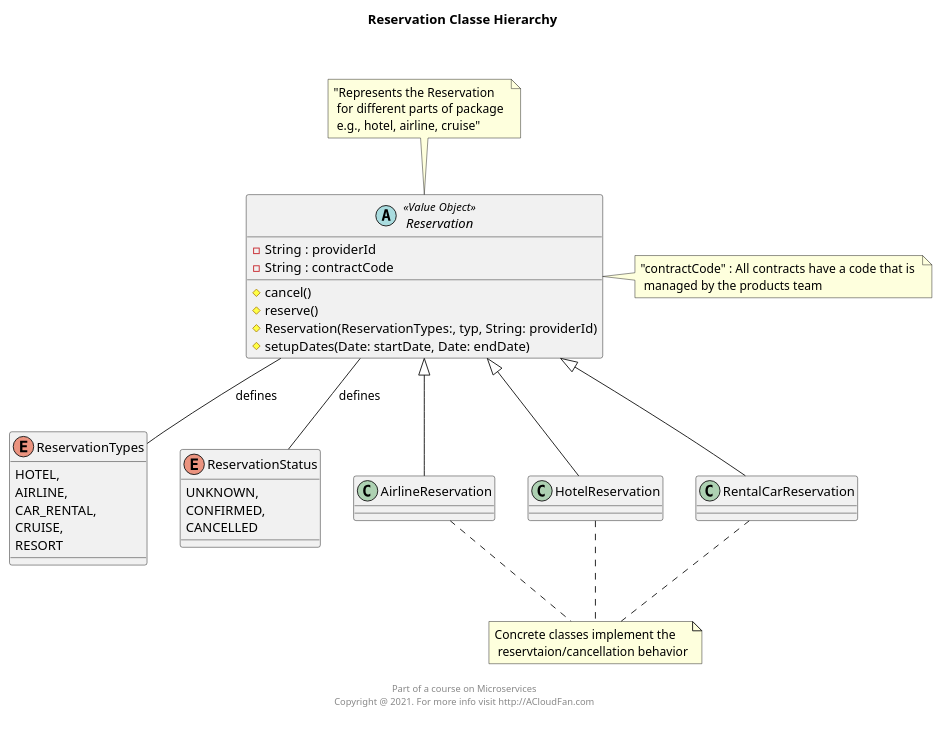
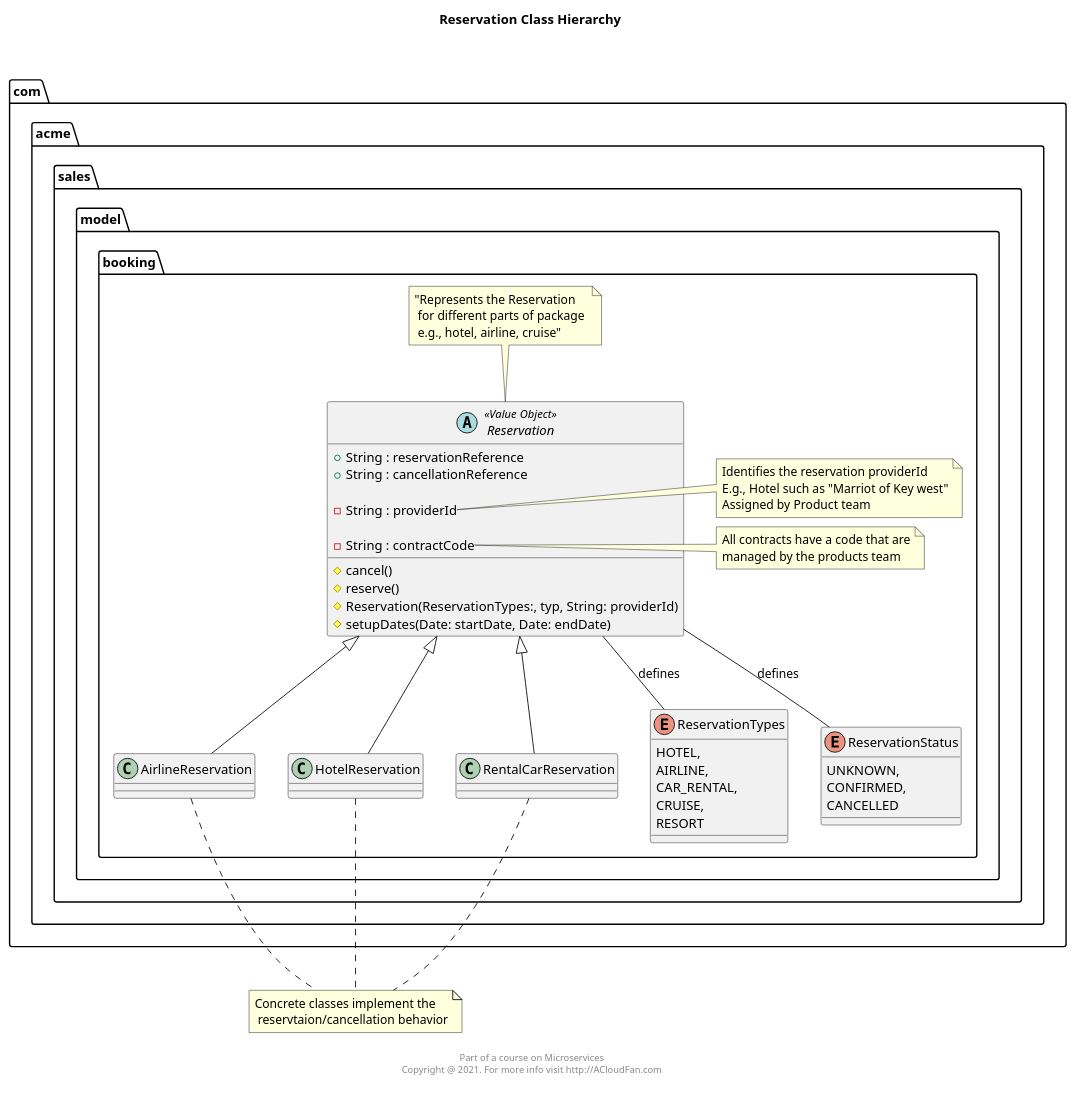
Before and after one commit to acloudfan/MSFA-ACME-Sales-vdraft: the diagram in uml/reservation.puml, drawn with PlantUML. The commit also changed 22 other files, not shown here.

```diff
--- a/uml/reservation.puml
+++ b/uml/reservation.puml
@@ -1,49 +1,67 @@
 @startuml
 
+package com.acme.sales.model.booking {
+    abstract class Reservation <<Value Object>> {
+        + String : reservationReference
+        + String : cancellationReference
 
-abstract class Reservation <<Value Object>> {
-    - String : providerId
-    - String : contractCode
-    # cancel()
-    # reserve()
-    # Reservation(ReservationTypes:, typ, String: providerId)
-    # setupDates(Date: startDate, Date: endDate)
-}
-note  top of Reservation:"Represents the Reservation \n for different parts of package \n e.g., hotel, airline, cruise"
-note right of Reservation: "contractCode" : All contracts have a code that is \n managed by the products team
+        - String : providerId
 
-enum ReservationTypes {
-    HOTEL,
-    AIRLINE,
-    CAR_RENTAL,
-    CRUISE,
-    RESORT
-}
+        - String : contractCode
 
-enum ReservationStatus {
-    UNKNOWN,
-    CONFIRMED,
-    CANCELLED
+        # cancel()
+        # reserve()
+        # Reservation(ReservationTypes:, typ, String: providerId)
+        # setupDates(Date: startDate, Date: endDate)
+    }
+    note  top of Reservation:"Represents the Reservation \n for different parts of package \n e.g., hotel, airline, cruise"
+    note right of Reservation::"providerId"
+            Identifies the reservation providerId
+            E.g., Hotel such as "Marriot of Key west"
+            Assigned by Product team
+    end note
+    note right of Reservation::"contractCode"
+        All contracts have a code that are
+        managed by the products team
+    end note
+
+    class AirlineReservation{}
+    class HotelReservation {}
+    class RentalCarReservation{}
+
+    enum ReservationTypes {
+        HOTEL,
+        AIRLINE,
+        CAR_RENTAL,
+        CRUISE,
+        RESORT
+    }
+
+    enum ReservationStatus {
+        UNKNOWN,
+        CONFIRMED,
+        CANCELLED
+    }
 }
 
 
 
 'Inheritance relationship
 Reservation <|-- AirlineReservation
 note "Concrete classes implement the \n reservtaion/cancellation behavior" as N2
 AirlineReservation .. N2
 Reservation <|-- HotelReservation
 HotelReservation .. N2
 Reservation <|-- RentalCarReservation
 RentalCarReservation .. N2
 
 
 
 Reservation -- ReservationTypes  : defines
 Reservation -- ReservationStatus  : defines
 
 
-title Reservation Classe Hierarchy \n\n
+title Reservation Class Hierarchy \n\n
 footer \n Part of a course on Microservices \n Copyright @ 2021. For more info visit http://ACloudFan.com \n
 
 @enduml
```
